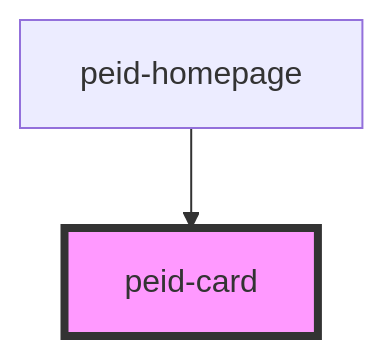
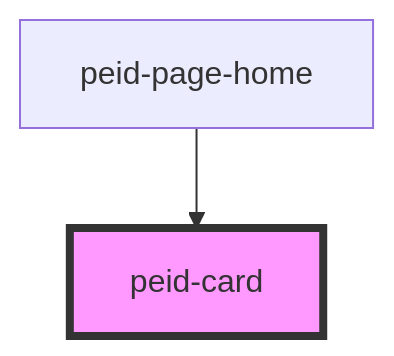
One commit to peidesign/princeedwardisland.design changed the diagram in packages/website/src/app/components/card/readme.md. Above: the diagram before and after it, drawn with Mermaid. The commit also changed other lines of this file and 57 other files, not shown here.

````diff
--- a/packages/website/src/app/components/card/readme.md
+++ b/packages/website/src/app/components/card/readme.md
@@ -38,5 +38,5 @@
 ```mermaid
 graph TD;
-  peid-homepage --> peid-card
+  peid-page-home --> peid-card
   style peid-card fill:#f9f,stroke:#333,stroke-width:4px
 ```
````
